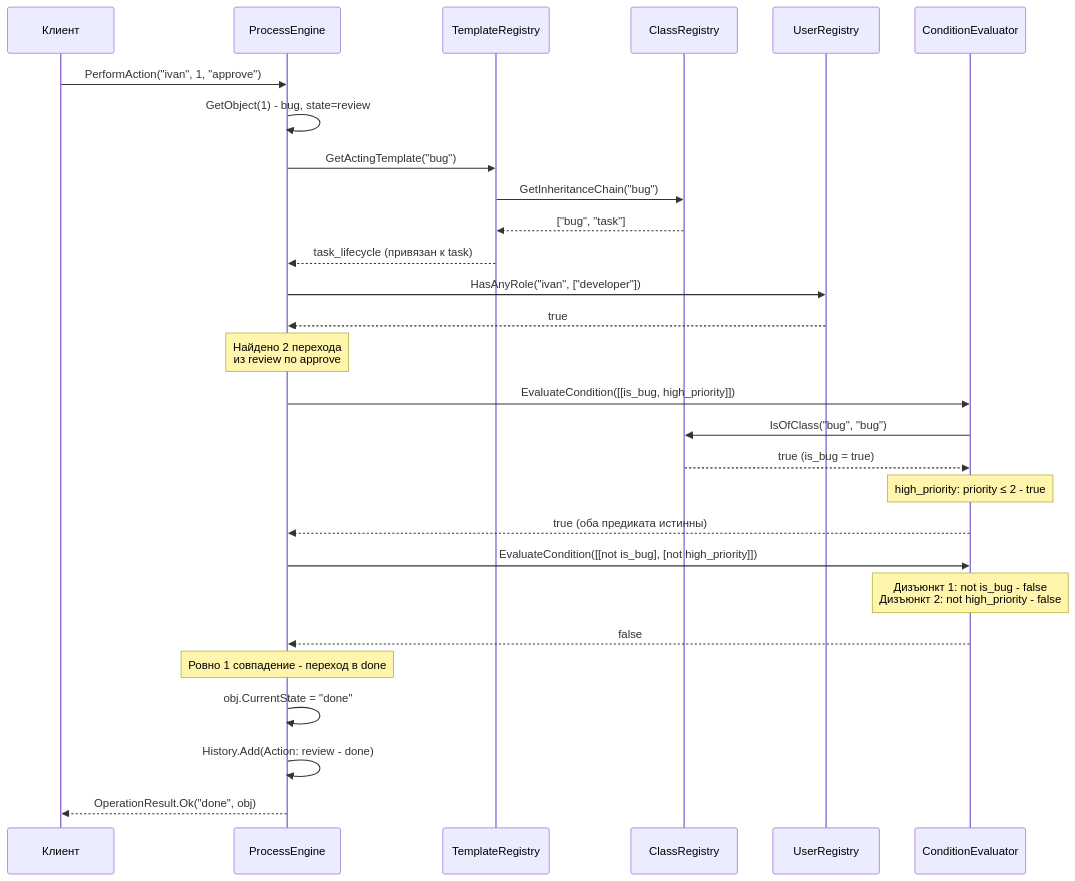
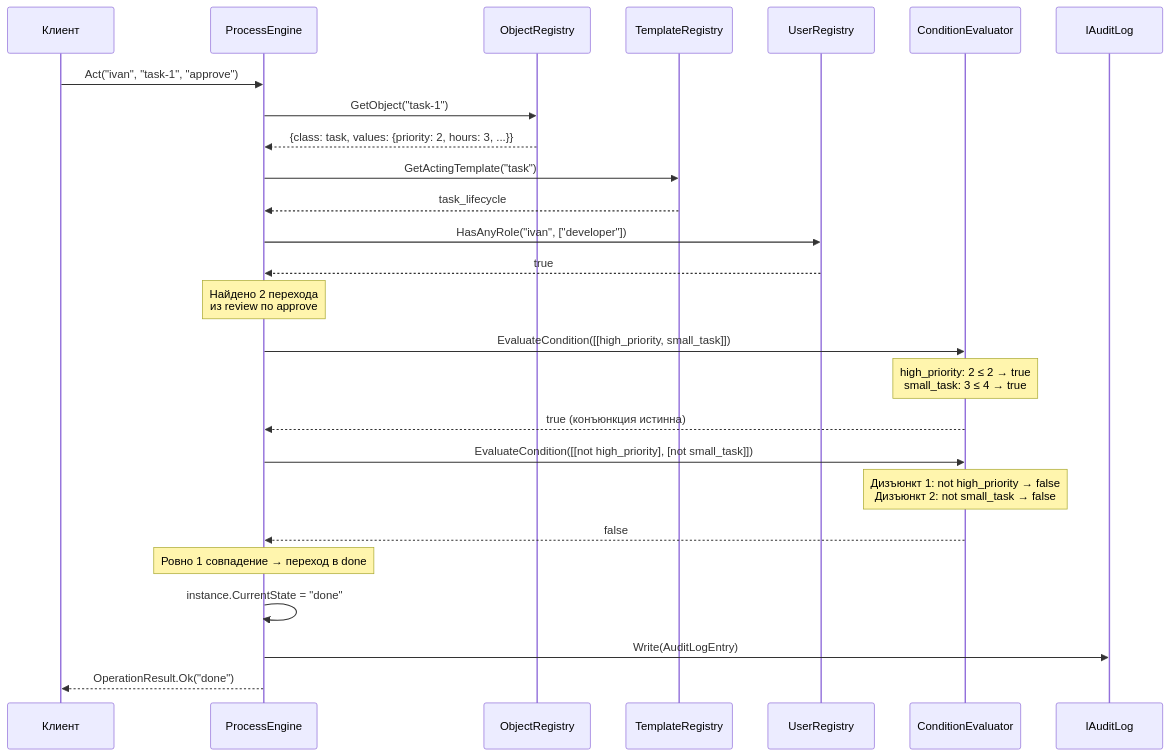
One commit to AntonMikityuk/MOiPIS-Labs changed the third of 4 diagrams in README.md. Above: the diagram before and after it, drawn with Mermaid. The commit also changed other lines of this file and 12 other files, not shown here.

````diff
--- a/README.md
+++ b/README.md
@@ -319,31 +348,29 @@
 ```mermaid
 sequenceDiagram
     participant C as Клиент
     participant PE as ProcessEngine
+    participant OR as ObjectRegistry
     participant TR as TemplateRegistry
-    participant CR as ClassRegistry
     participant UR as UserRegistry
     participant CE as ConditionEvaluator
+    participant AL as IAuditLog
 
-    C->>PE: PerformAction("ivan", 1, "approve")
-    PE->>PE: GetObject(1) - bug, state=review
-    PE->>TR: GetActingTemplate("bug")
-    TR->>CR: GetInheritanceChain("bug")
-    CR-->>TR: ["bug", "task"]
-    TR-->>PE: task_lifecycle (привязан к task)
+    C->>PE: Act("ivan", "task-1", "approve")
+    PE->>OR: GetObject("task-1")
+    OR-->>PE: {class: task, values: {priority: 2, hours: 3, ...}}
+    PE->>TR: GetActingTemplate("task")
+    TR-->>PE: task_lifecycle
     PE->>UR: HasAnyRole("ivan", ["developer"])
     UR-->>PE: true
     Note over PE: Найдено 2 перехода<br/>из review по approve
-    PE->>CE: EvaluateCondition([[is_bug, high_priority]])
-    CE->>CR: IsOfClass("bug", "bug")
-    CR-->>CE: true (is_bug = true)
-    Note over CE: high_priority: priority ≤ 2 - true
-    CE-->>PE: true (оба предиката истинны)
-    PE->>CE: EvaluateCondition([[not is_bug], [not high_priority]])
-    Note over CE: Дизъюнкт 1: not is_bug - false<br/>Дизъюнкт 2: not high_priority - false
+    PE->>CE: EvaluateCondition([[high_priority, small_task]])
+    Note over CE: high_priority: 2 ≤ 2 → true<br/>small_task: 3 ≤ 4 → true
+    CE-->>PE: true (конъюнкция истинна)
+    PE->>CE: EvaluateCondition([[not high_priority], [not small_task]])
+    Note over CE: Дизъюнкт 1: not high_priority → false<br/>Дизъюнкт 2: not small_task → false
     CE-->>PE: false
-    Note over PE: Ровно 1 совпадение - переход в done
-    PE->>PE: obj.CurrentState = "done"
-    PE->>PE: History.Add(Action: review - done)
-    PE-->>C: OperationResult.Ok("done", obj)
+    Note over PE: Ровно 1 совпадение → переход в done
+    PE->>PE: instance.CurrentState = "done"
+    PE->>AL: Write(AuditLogEntry)
+    PE-->>C: OperationResult.Ok("done")
 ```
````
